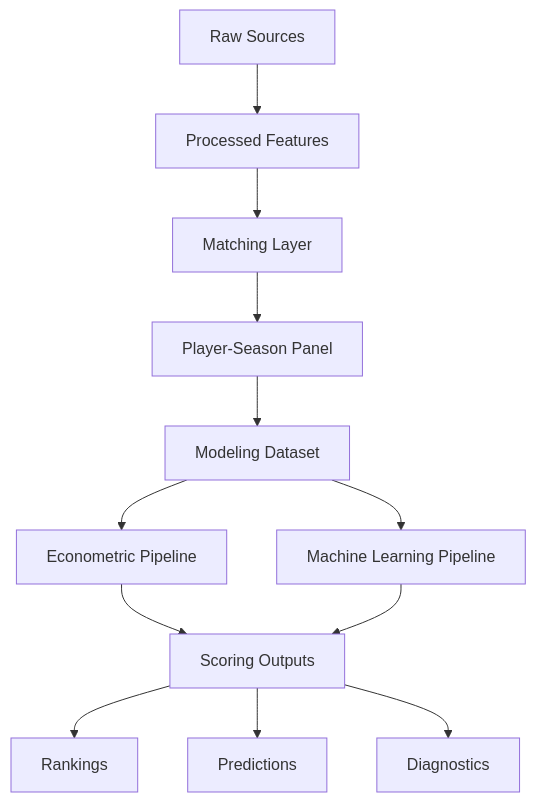
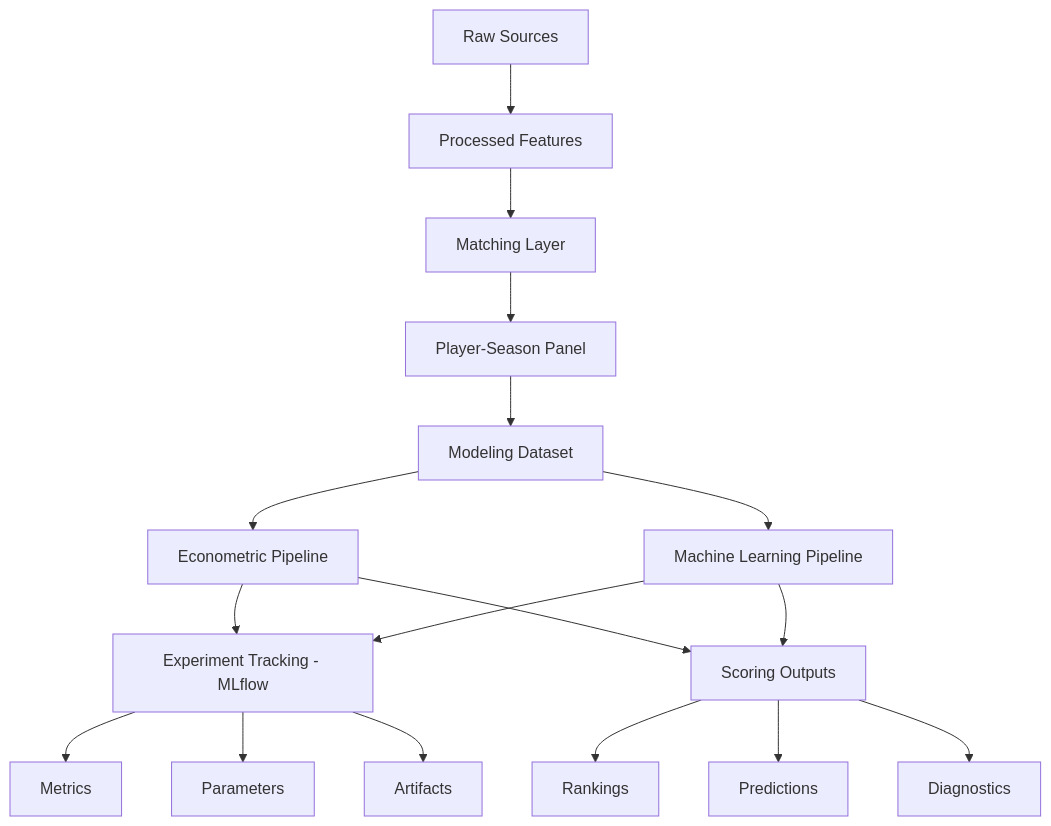
One commit to manuelpeba/market-value-football-tfm changed the diagram in docs/schema_decisions.md. Above: the diagram before and after it, drawn with Mermaid. The commit also changed other lines of this file and 23 other files, not shown here.

First line of the commit message:
feat: add MLflow experiment tracking and centralized configuration

````diff
--- a/docs/schema_decisions.md
+++ b/docs/schema_decisions.md
@@ -131,21 +145,28 @@
-```mermaid id="v8bgr5"
+```mermaid
 flowchart TD
 
 A[Raw Sources] --> B[Processed Features]
 
 B --> C[Matching Layer]
 
 C --> D[Player-Season Panel]
 
 D --> E[Modeling Dataset]
 
 E --> F[Econometric Pipeline]
 E --> G[Machine Learning Pipeline]
 
-F --> H[Scoring Outputs]
+F --> H[Experiment Tracking - MLflow]
 G --> H
 
-H --> I[Rankings]
-H --> J[Predictions]
-H --> K[Diagnostics]
+F --> I[Scoring Outputs]
+G --> I
+
+I --> J[Rankings]
+I --> K[Predictions]
+I --> L[Diagnostics]
+
+H --> M[Metrics]
+H --> N[Parameters]
+H --> O[Artifacts]
 ```
````
